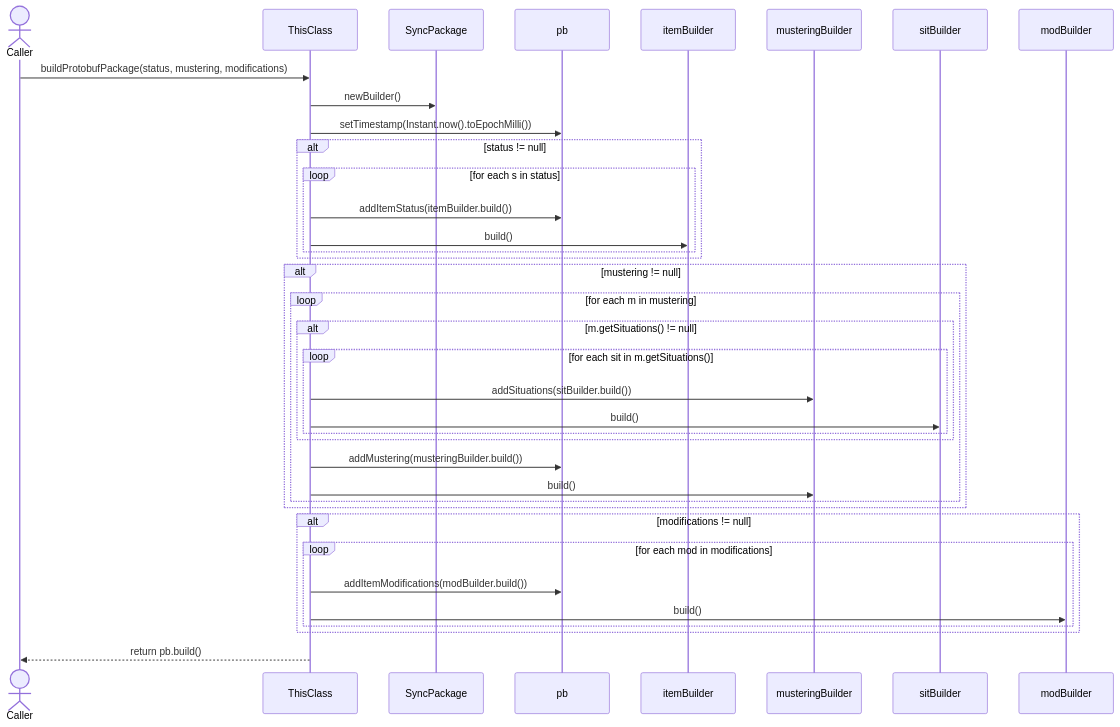
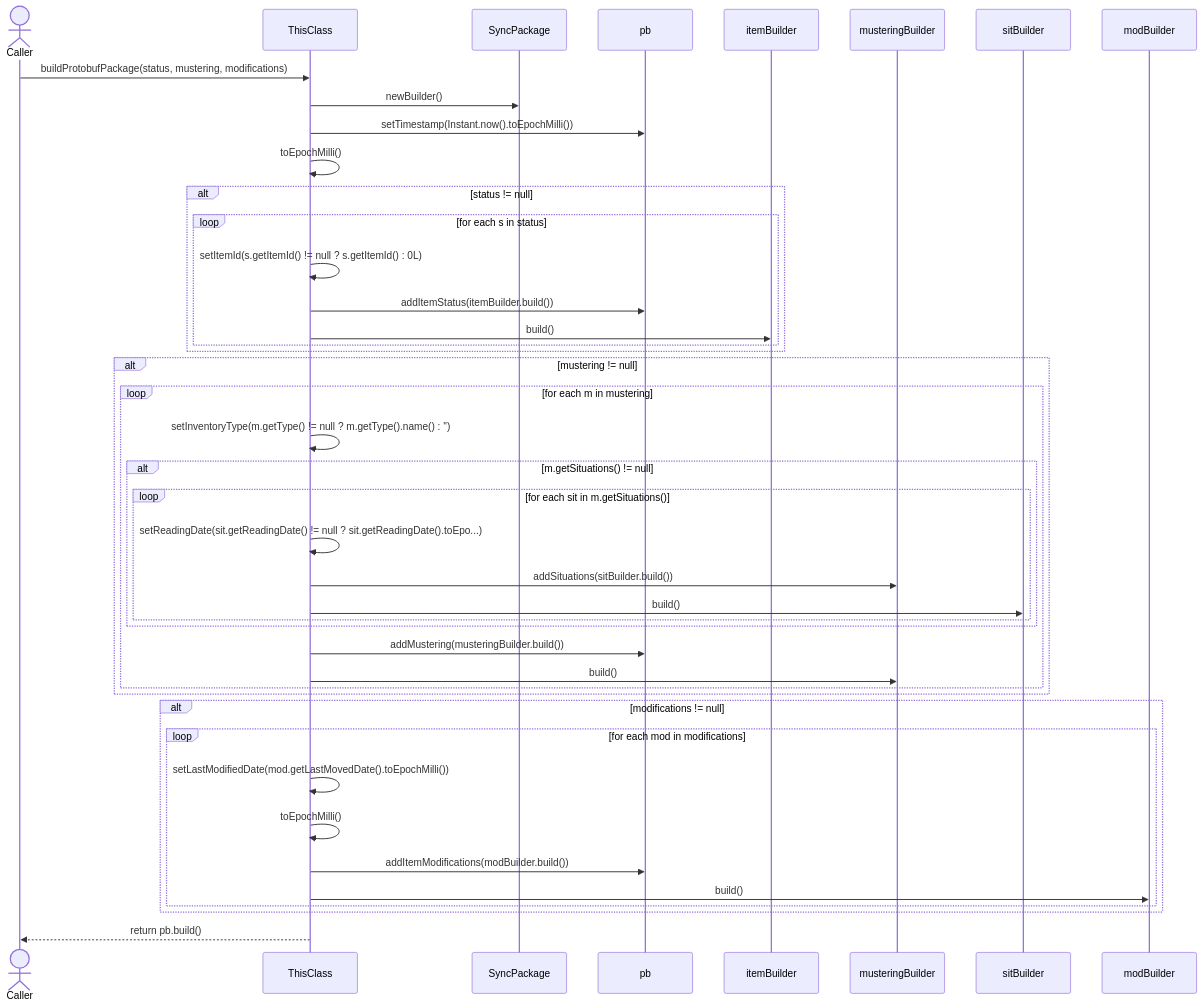
Before and after one commit to FelipeMCassiano/geanky: diagram 13 of 16 in docs/CloudSyncUploadService.md, drawn with Mermaid. The commit also changed other lines of this file and 7 other files, not shown here.

````diff
--- a/docs/CloudSyncUploadService.md
+++ b/docs/CloudSyncUploadService.md
@@ -925,41 +941,47 @@
 ```mermaid
 sequenceDiagram
     actor Caller
     participant ThisClass
+    participant SyncPackage
+    participant pb
+    participant itemBuilder
+    participant musteringBuilder
+    participant sitBuilder
+    participant modBuilder
 
     Caller->>ThisClass: buildProtobufPackage(status, mustering, modifications)
-    participant SyncPackage
     ThisClass->>SyncPackage: newBuilder()
-    participant pb
     ThisClass->>pb: setTimestamp(Instant.now().toEpochMilli())
+    ThisClass->>ThisClass: toEpochMilli()
     alt status != null
     loop for each s in status
+    ThisClass->>ThisClass: setItemId(s.getItemId() != null ? s.getItemId() : 0L)
     ThisClass->>pb: addItemStatus(itemBuilder.build())
-    participant itemBuilder
     ThisClass->>itemBuilder: build()
     end
     end
     alt mustering != null
     loop for each m in mustering
+    ThisClass->>ThisClass: setInventoryType(m.getType() != null ? m.getType().name() : '')
     alt m.getSituations() != null
     loop for each sit in m.getSituations()
-    participant musteringBuilder
+    ThisClass->>ThisClass: setReadingDate(sit.getReadingDate() != null ? sit.getReadingDate().toEpo...)
     ThisClass->>musteringBuilder: addSituations(sitBuilder.build())
-    participant sitBuilder
     ThisClass->>sitBuilder: build()
     end
     end
     ThisClass->>pb: addMustering(musteringBuilder.build())
     ThisClass->>musteringBuilder: build()
     end
     end
     alt modifications != null
     loop for each mod in modifications
+    ThisClass->>ThisClass: setLastModifiedDate(mod.getLastMovedDate().toEpochMilli())
+    ThisClass->>ThisClass: toEpochMilli()
     ThisClass->>pb: addItemModifications(modBuilder.build())
-    participant modBuilder
     ThisClass->>modBuilder: build()
     end
     end
     ThisClass-->>Caller: return pb.build()
 
 ```
````
